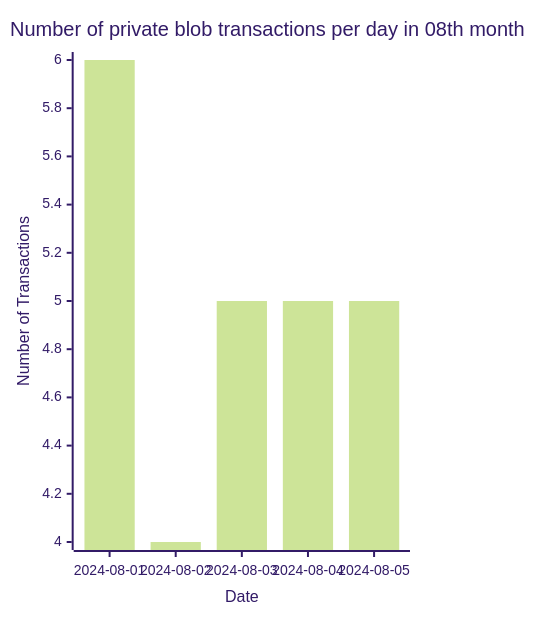
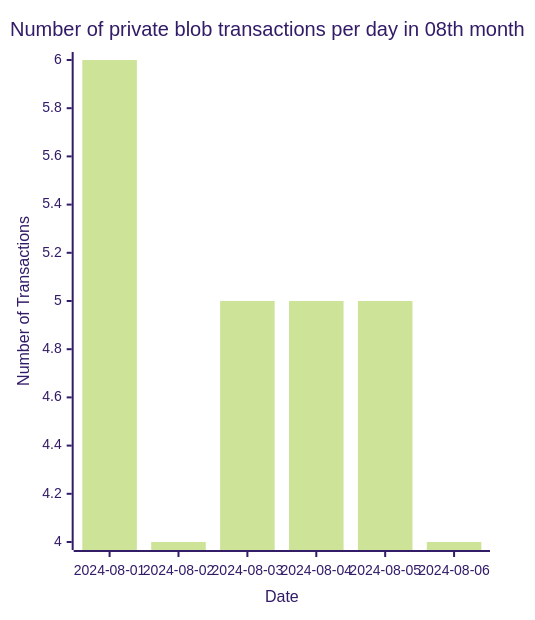
One commit to Amit0617/eip4844-data changed the sixth of 6 diagrams in README.md. Above: the diagram before and after it, drawn with Mermaid (forest theme). The commit also changed 1 other file, not shown here.

````diff
--- a/README.md
+++ b/README.md
@@ -66,12 +66,12 @@
 ```mermaid
 ---
 config:
     xyChart:
-        width: 400
+        width: 480
         height: 600
 ---
 xychart-beta title "Number of private blob transactions per day in 08th month"
-x-axis "Date" [2024-08-01,2024-08-02,2024-08-03,2024-08-04,2024-08-05]
+x-axis "Date" [2024-08-01,2024-08-02,2024-08-03,2024-08-04,2024-08-05,2024-08-06]
 y-axis "Number of Transactions"
-bar[6,4,5,5,5]
+bar[6,4,5,5,5,4]
 ```
````
